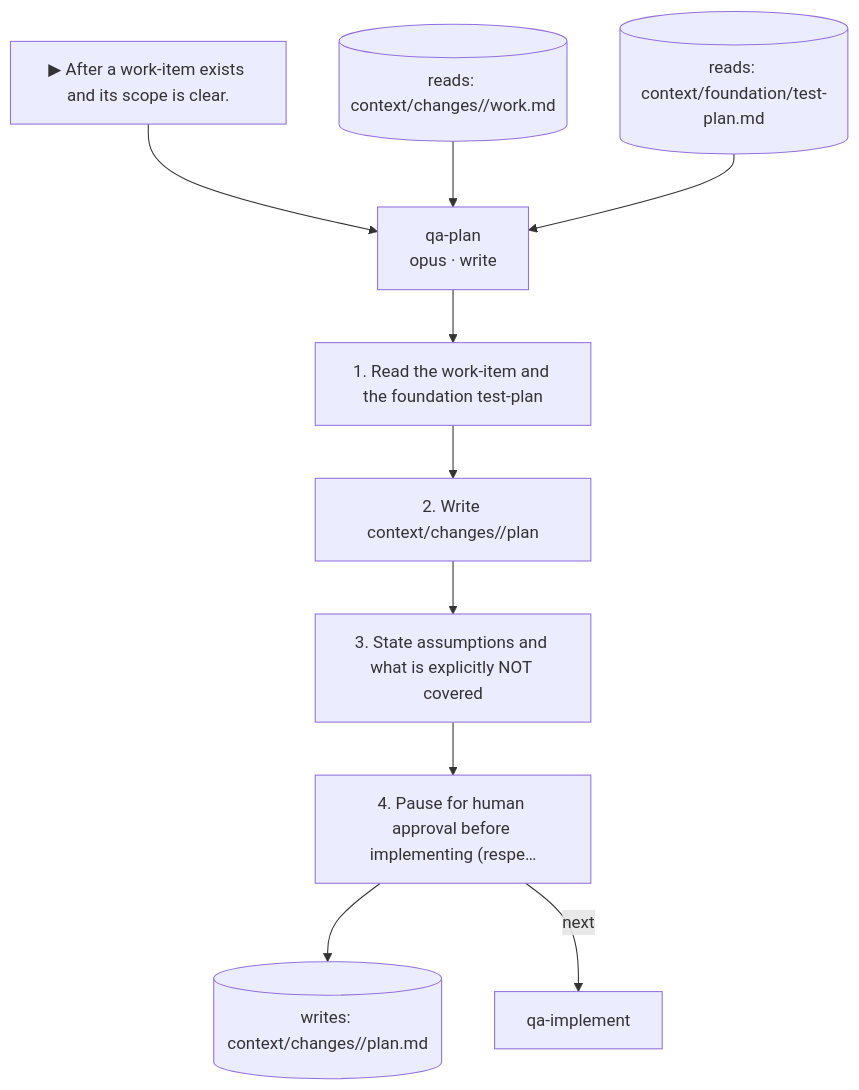
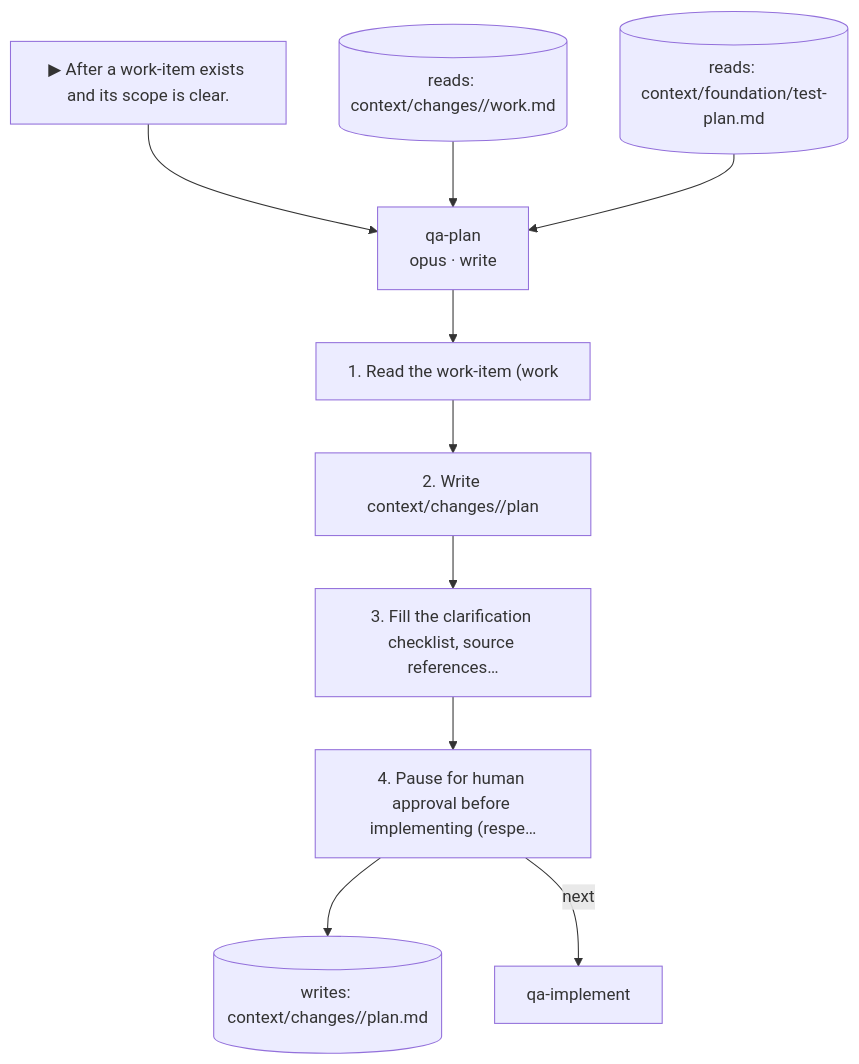
One commit to Assamir/ai-process-orchestration changed the seventh of 25 diagrams in docs/skill-catalog.md. Above: the diagram before and after it, drawn with Mermaid. The commit also changed other lines of this file and 20 other files, not shown here.

````diff
--- a/docs/skill-catalog.md
+++ b/docs/skill-catalog.md
@@ -232,21 +233,21 @@
 ```mermaid
 flowchart TD
   trig["▶ After a work-item exists and its scope is clear."]
   qa_plan["qa-plan<br/>opus · write"]
   trig --> qa_plan
   r0[("reads: context/changes/<work-id>/work.md")]
   r0 --> qa_plan
   r1[("reads: context/foundation/test-plan.md")]
   r1 --> qa_plan
-  s0["1. Read the work-item and the foundation test-plan"]
+  s0["1. Read the work-item (work"]
   qa_plan --> s0
   s1["2. Write context/changes/<work-id>/plan"]
   s0 --> s1
-  s2["3. State assumptions and what is explicitly NOT covered"]
+  s2["3. Fill the clarification checklist, source references…"]
   s1 --> s2
   s3["4. Pause for human approval before implementing (respe…"]
   s2 --> s3
   w0[("writes: context/changes/<work-id>/plan.md")]
   s3 --> w0
   s3 -->|next| qa_implement["qa-implement"]
 ```
````
